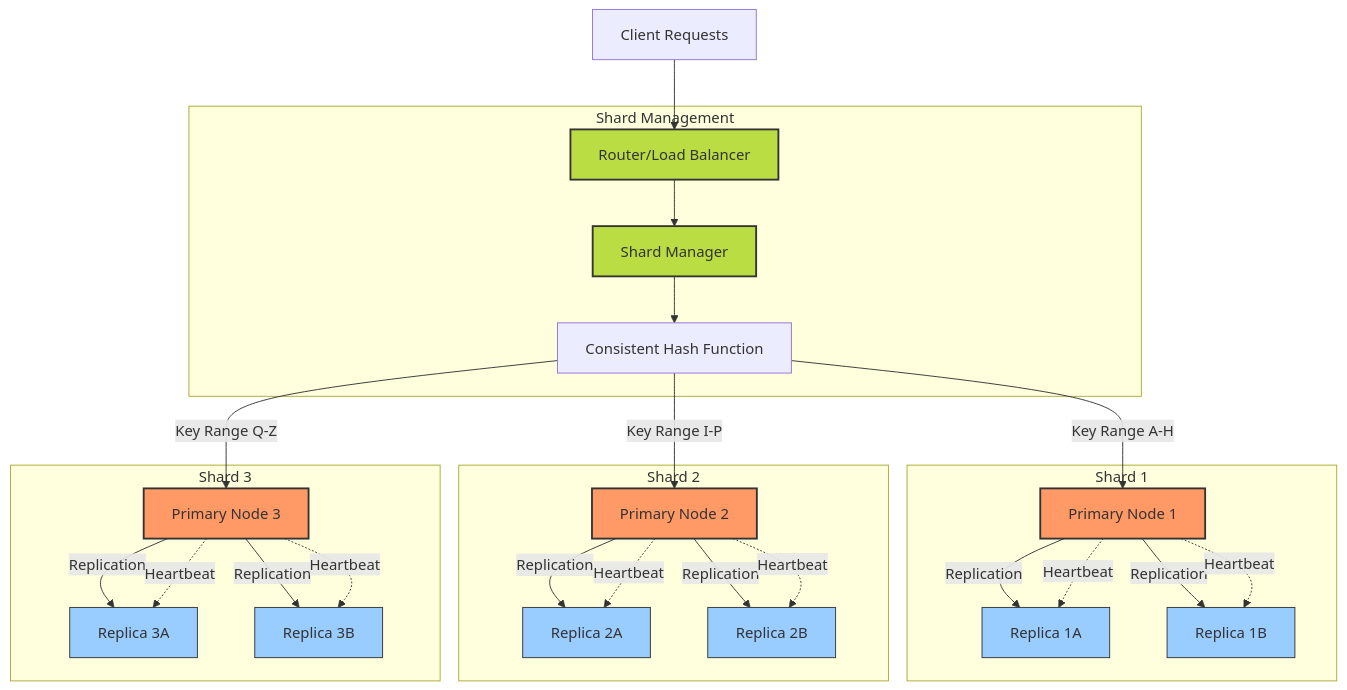
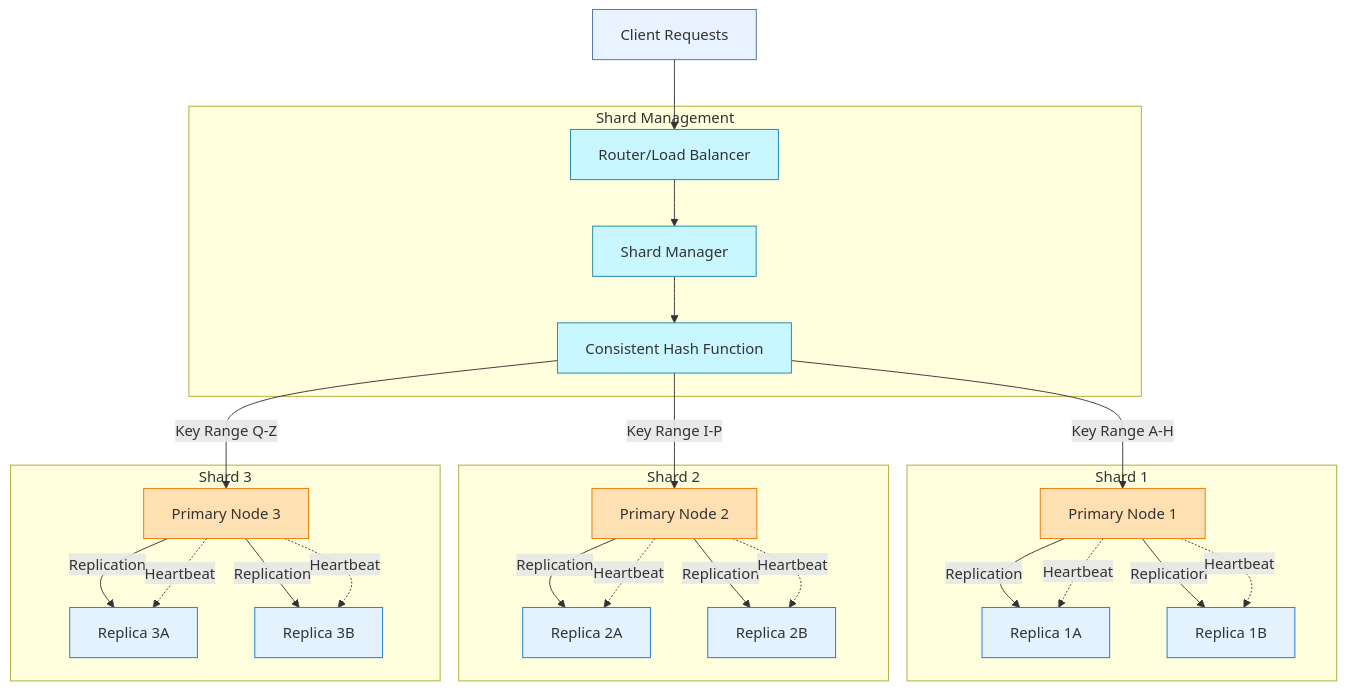
The diagram in README.md (abhijithkunchati/ScaleStore), drawn with Mermaid before and after one commit. The commit also changed other lines of this file, not shown here.

````diff
--- a/README.md
+++ b/README.md
@@ -2,45 +3,49 @@
 ```mermaid
 graph TD
     Client[Client Requests] --> Router[Router/Load Balancer]
     
     subgraph "Shard Management"
         Router --> ShardManager[Shard Manager]
         ShardManager --> HashFunction[Consistent Hash Function]
     end
     
     subgraph "Shard 1"
         HashFunction --> |Key Range A-H| Primary1[Primary Node 1]
         Primary1 --> |Replication| Replica1A[Replica 1A]
         Primary1 --> |Replication| Replica1B[Replica 1B]
         Primary1 -.-> |Heartbeat| Replica1A
         Primary1 -.-> |Heartbeat| Replica1B
     end
     
     subgraph "Shard 2"
         HashFunction --> |Key Range I-P| Primary2[Primary Node 2]
         Primary2 --> |Replication| Replica2A[Replica 2A]
         Primary2 --> |Replication| Replica2B[Replica 2B]
         Primary2 -.-> |Heartbeat| Replica2A
         Primary2 -.-> |Heartbeat| Replica2B
     end
     
     subgraph "Shard 3"
         HashFunction --> |Key Range Q-Z| Primary3[Primary Node 3]
         Primary3 --> |Replication| Replica3A[Replica 3A]
         Primary3 --> |Replication| Replica3B[Replica 3B]
         Primary3 -.-> |Heartbeat| Replica3A
         Primary3 -.-> |Heartbeat| Replica3B
     end
     
-    style Primary1 fill:#f96,stroke:#333,stroke-width:2px
-    style Primary2 fill:#f96,stroke:#333,stroke-width:2px
-    style Primary3 fill:#f96,stroke:#333,stroke-width:2px
-    style Replica1A fill:#9cf,stroke:#333,stroke-width:1px
-    style Replica1B fill:#9cf,stroke:#333,stroke-width:1px
-    style Replica2A fill:#9cf,stroke:#333,stroke-width:1px
-    style Replica2B fill:#9cf,stroke:#333,stroke-width:1px
-    style Replica3A fill:#9cf,stroke:#333,stroke-width:1px
-    style Replica3B fill:#9cf,stroke:#333,stroke-width:1px
-    style Router fill:#bd4,stroke:#333,stroke-width:2px
-    style ShardManager fill:#bd4,stroke:#333,stroke-width:2px
+    style Client fill:#E9F2FF,stroke:#4A6FA5,stroke-width:1px,color:#333
+    style Router fill:#C9F7FF,stroke:#1A85AD,stroke-width:1px,color:#333
+    style ShardManager fill:#C9F7FF,stroke:#1A85AD,stroke-width:1px,color:#333
+    style HashFunction fill:#C9F7FF,stroke:#1A85AD,stroke-width:1px,color:#333
+    
+    style Primary1 fill:#FFE0B2,stroke:#E67700,stroke-width:1px,color:#333
+    style Primary2 fill:#FFE0B2,stroke:#E67700,stroke-width:1px,color:#333
+    style Primary3 fill:#FFE0B2,stroke:#E67700,stroke-width:1px,color:#333
+    
+    style Replica1A fill:#E3F2FD,stroke:#1976D2,stroke-width:1px,color:#333
+    style Replica1B fill:#E3F2FD,stroke:#1976D2,stroke-width:1px,color:#333
+    style Replica2A fill:#E3F2FD,stroke:#1976D2,stroke-width:1px,color:#333
+    style Replica2B fill:#E3F2FD,stroke:#1976D2,stroke-width:1px,color:#333
+    style Replica3A fill:#E3F2FD,stroke:#1976D2,stroke-width:1px,color:#333
+    style Replica3B fill:#E3F2FD,stroke:#1976D2,stroke-width:1px,color:#333
 ```
````
